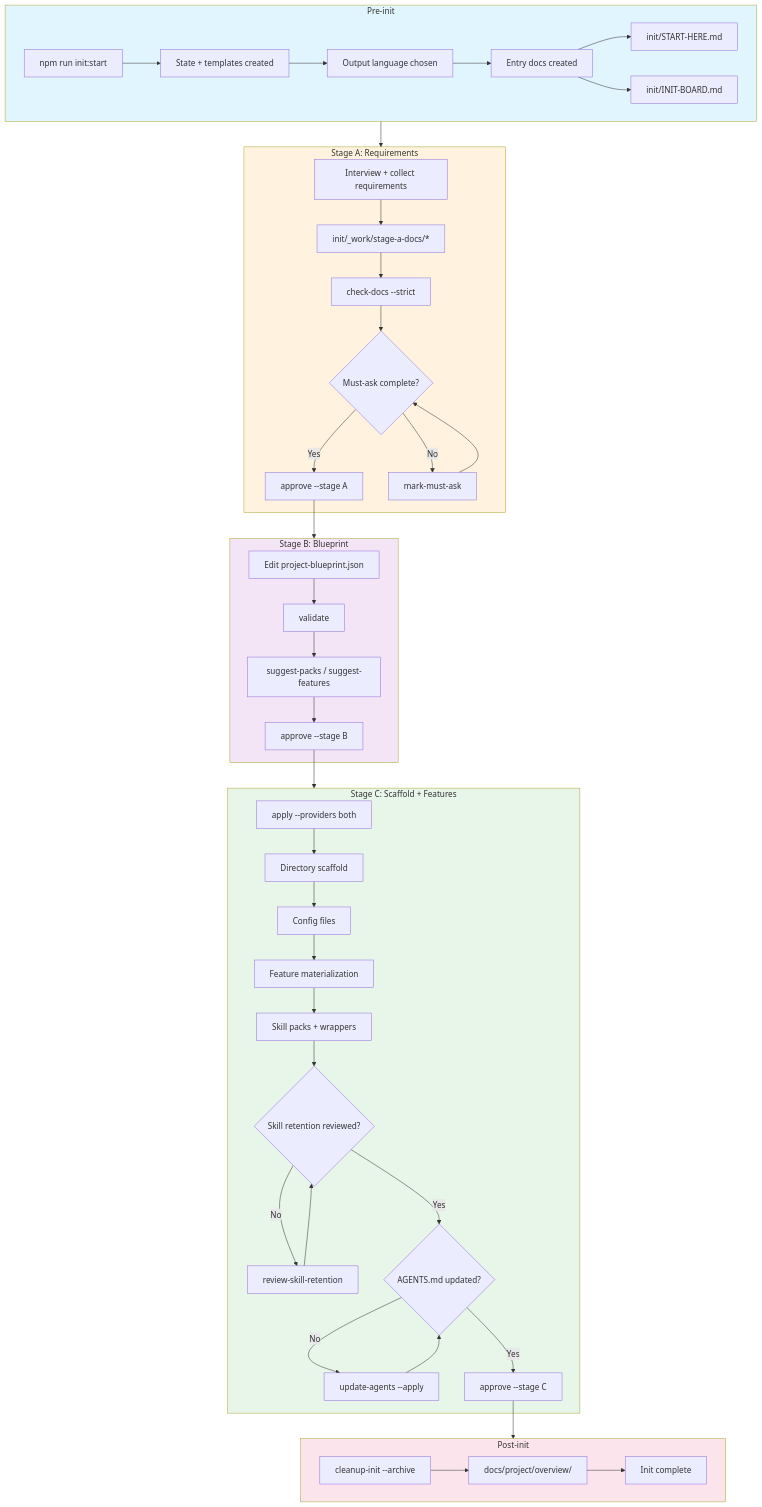
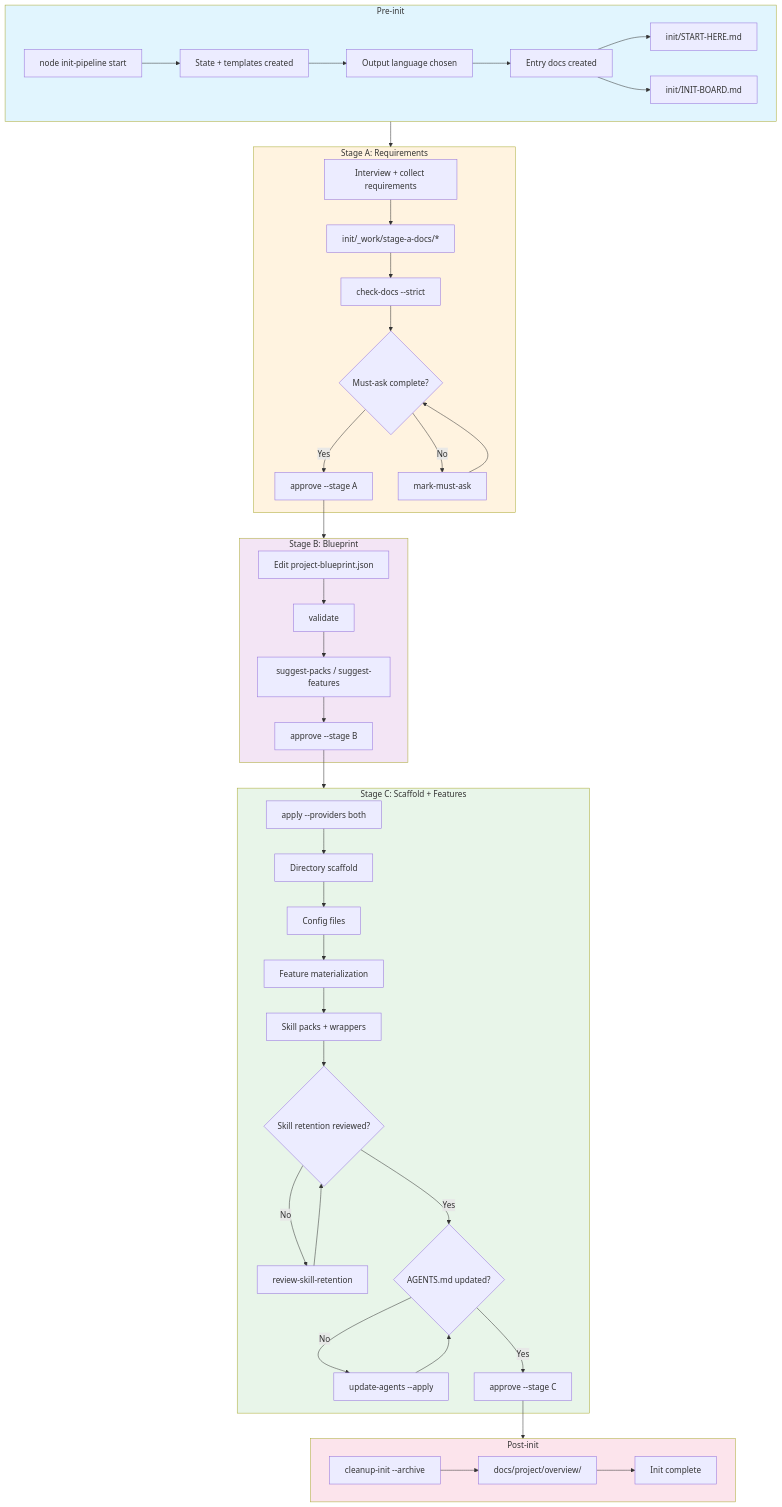
Before and after one commit to willyu1007/Skill_Template_Module: the diagram in init/README.md, drawn with Mermaid. The commit also changed other lines of this file and 28 other files, not shown here.

````diff
--- a/init/README.md
+++ b/init/README.md
@@ -7,55 +7,55 @@
 ```mermaid
 flowchart TD
     subgraph pre [Pre-init]
-        Start[npm run init:start] --> State[State + templates created]
+        Start[node init-pipeline start] --> State[State + templates created]
         State --> Lang[Output language chosen]
         Lang --> Entry[Entry docs created]
         Entry --> StartHere[init/START-HERE.md]
         Entry --> Board[init/INIT-BOARD.md]
     end
 
     subgraph stageA [Stage A: Requirements]
         Interview[Interview + collect requirements] --> DocsA[init/_work/stage-a-docs/*]
         DocsA --> ValidateA[check-docs --strict]
         ValidateA --> MustAsk{Must-ask complete?}
         MustAsk -->|Yes| ApproveA[approve --stage A]
         MustAsk -->|No| MarkMustAsk[mark-must-ask]
         MarkMustAsk --> MustAsk
     end
 
     subgraph stageB [Stage B: Blueprint]
         Blueprint[Edit project-blueprint.json] --> ValidateB[validate]
         ValidateB --> SuggestB[suggest-packs / suggest-features]
         SuggestB --> ApproveB[approve --stage B]
     end
 
     subgraph stageC [Stage C: Scaffold + Features]
         Apply[apply --providers both] --> Scaffold[Directory scaffold]
         Scaffold --> Configs[Config files]
         Configs --> Features[Feature materialization]
         Features --> Skills[Skill packs + wrappers]
         Skills --> Retention{Skill retention reviewed?}
         Retention -->|No| ReviewRetention[review-skill-retention]
         ReviewRetention --> Retention
         Retention -->|Yes| AgentsUpdate{AGENTS.md updated?}
         AgentsUpdate -->|No| UpdateAgents[update-agents --apply]
         UpdateAgents --> AgentsUpdate
         AgentsUpdate -->|Yes| ApproveC[approve --stage C]
     end
 
     subgraph post [Post-init]
         Cleanup[cleanup-init --archive] --> Archive[docs/project/overview/]
         Archive --> Done[Init complete]
     end
 
     pre --> stageA
     ApproveA --> stageB
     ApproveB --> stageC
     ApproveC --> post
 
     style pre fill:#e1f5fe
     style stageA fill:#fff3e0
     style stageB fill:#f3e5f5
     style stageC fill:#e8f5e9
     style post fill:#fce4ec
 ```
````
